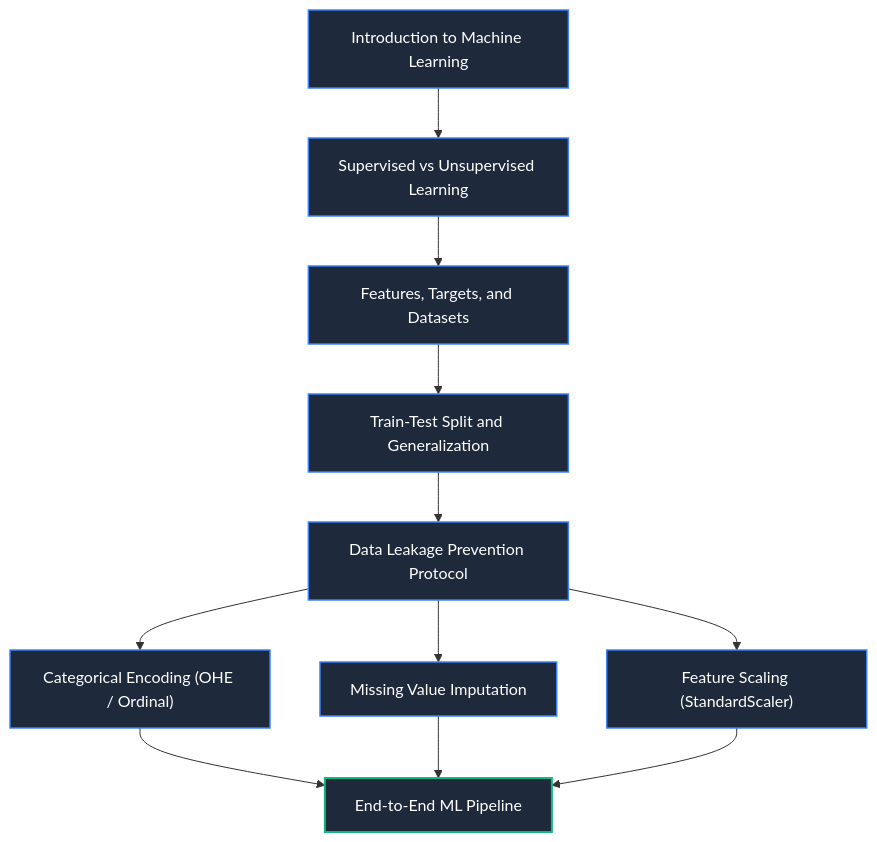
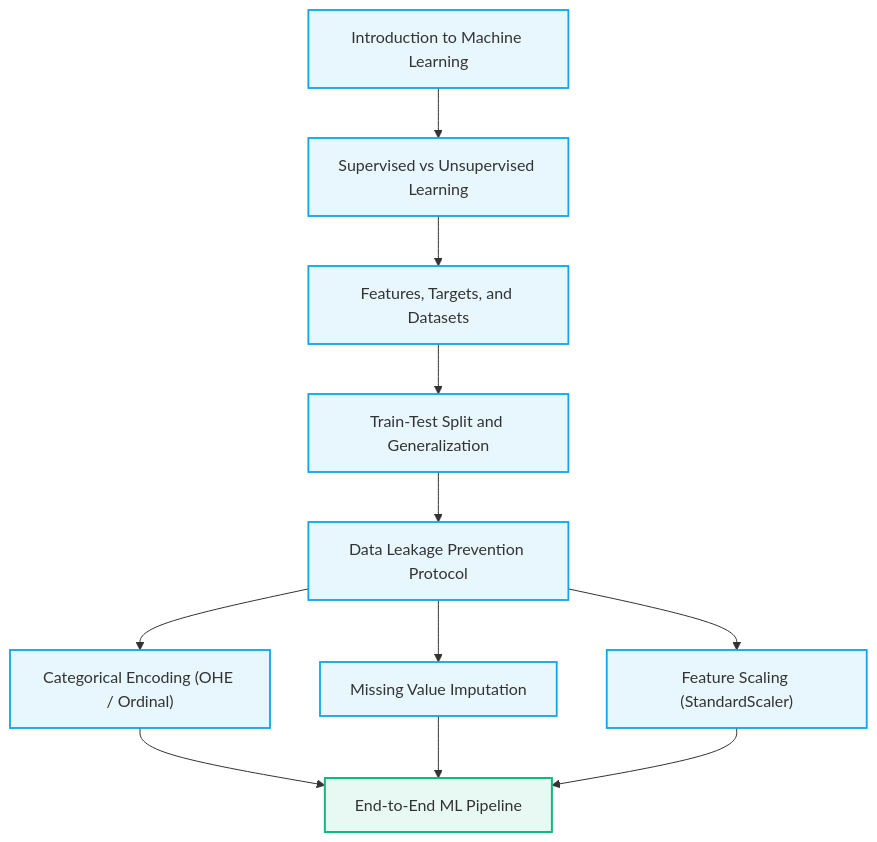
One commit to abhinavbharti2345/CS_Notes changed the second of 2 diagrams in AI & ML/README.md. Above: the diagram before and after it, drawn with Mermaid. The commit also changed other lines of this file and 47 other files, not shown here.

Commit message:
docs: add computer science study notes and generate graphify visualization output

````diff
--- a/AI & ML/README.md
+++ b/AI & ML/README.md
@@ -63,20 +63,20 @@
 ```mermaid
 flowchart TD
     Intro["Introduction to Machine Learning"] --> Sup["Supervised vs Unsupervised Learning"]
     Sup --> Feat["Features, Targets, and Datasets"]
     Feat --> TTS["Train-Test Split and Generalization"]
     TTS --> Leak["Data Leakage Prevention Protocol"]
     
     Leak --> Cat["Categorical Encoding (OHE / Ordinal)"]
     Leak --> Imp["Missing Value Imputation"]
     Leak --> Scale["Feature Scaling (StandardScaler)"]
     
     Cat --> Pipe["End-to-End ML Pipeline"]
     Imp --> Pipe
     Scale --> Pipe
 
-    classDef f fill:#1e293b,stroke:#3b82f6,stroke-width:1.5px,color:#fff;
-    classDef p fill:#1e293b,stroke:#10b981,stroke-width:2px,color:#fff;
+    classDef f fill:#0ea5e918,stroke:#0ea5e9,stroke-width:1.8px;
+    classDef p fill:#10b98118,stroke:#10b981,stroke-width:2px;
     class Intro,Sup,Feat,TTS,Leak,Cat,Imp,Scale f;
     class Pipe p;
 ```
````
